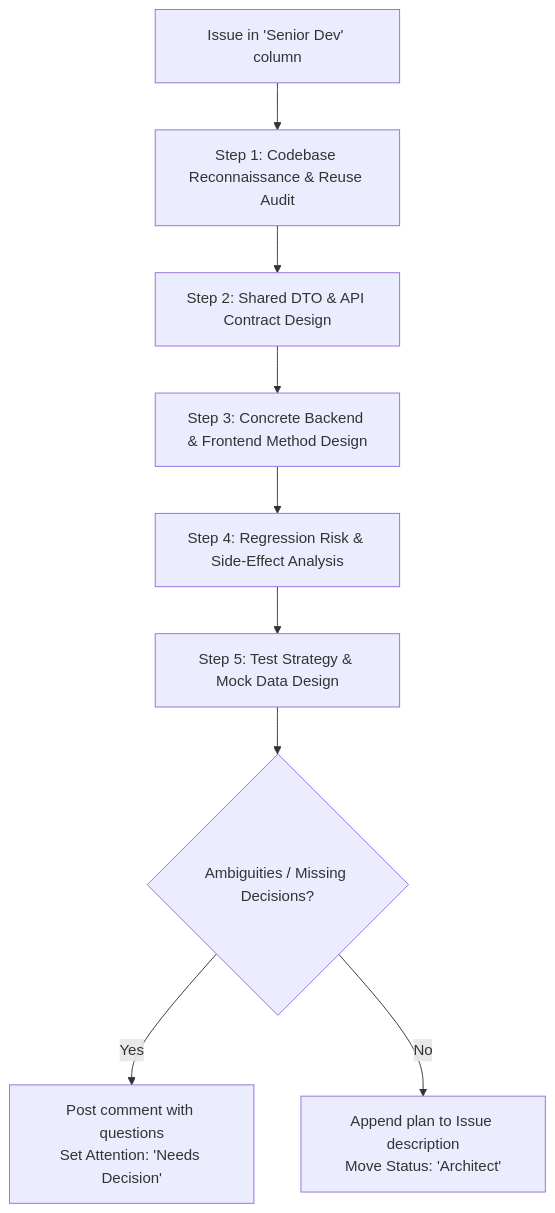
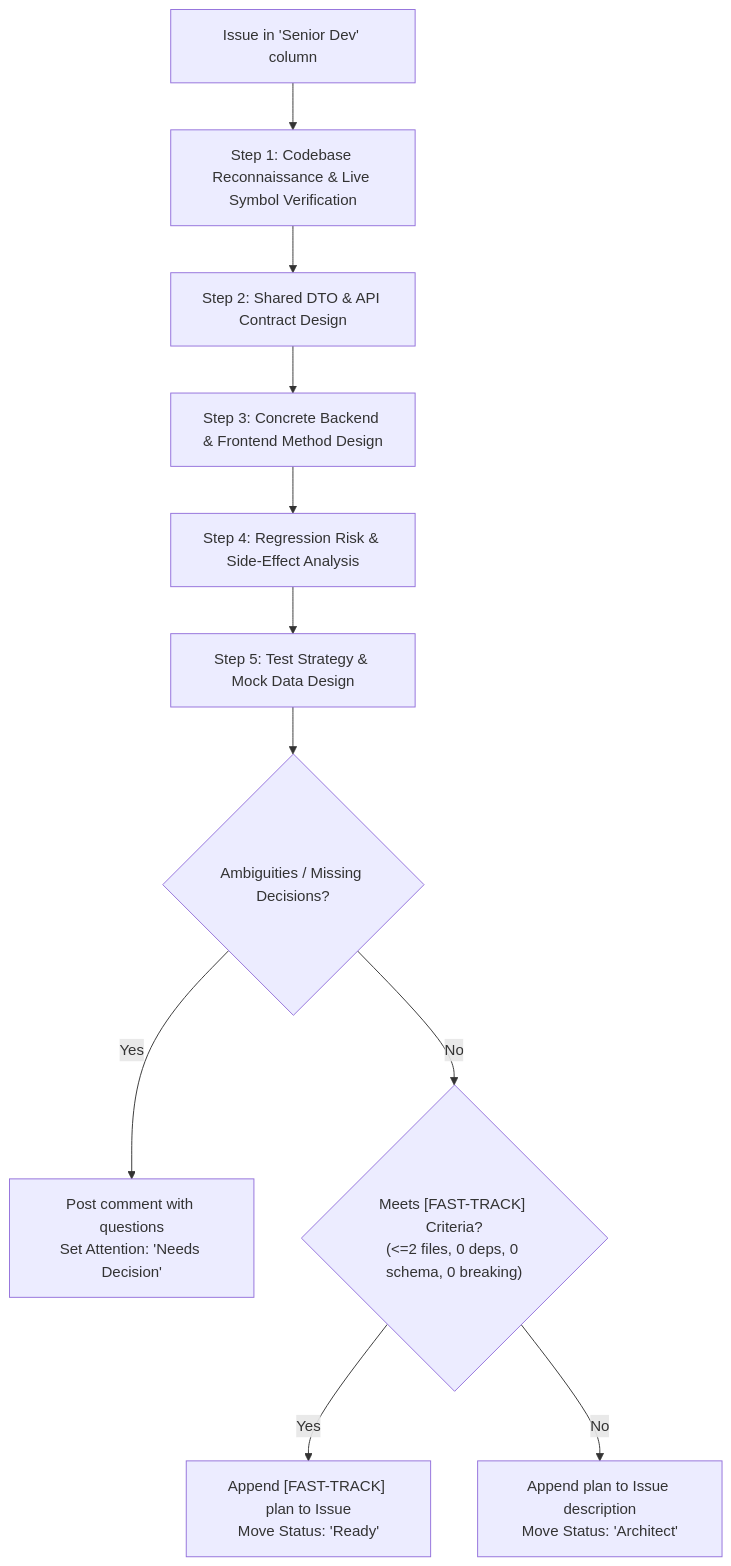
The diagram in .agents/skills/role-senior-developer/SKILL.md (kezziny/ai-pipeline), drawn with Mermaid before and after one commit. The commit also changed other lines of this file and 10 other files, not shown here.

Commit message:
feat(pipeline): add circuit breaker, CI/conflict gates, fast-track, and role precision upgrades (FB-21 to FB-29)

````diff
--- a/.agents/skills/role-senior-developer/SKILL.md
+++ b/.agents/skills/role-senior-developer/SKILL.md
@@ -109,11 +113,13 @@
 ```mermaid
 flowchart TD
-    A["Issue in 'Senior Dev' column"] --> B["Step 1: Codebase Reconnaissance & Reuse Audit"]
+    A["Issue in 'Senior Dev' column"] --> B["Step 1: Codebase Reconnaissance & Live Symbol Verification"]
     B --> C["Step 2: Shared DTO & API Contract Design"]
     C --> D["Step 3: Concrete Backend & Frontend Method Design"]
     D --> E["Step 4: Regression Risk & Side-Effect Analysis"]
     E --> F["Step 5: Test Strategy & Mock Data Design"]
     F --> G{"Ambiguities / Missing Decisions?"}
     G -- "Yes" --> H["Post comment with questions<br/>Set Attention: 'Needs Decision'"]
-    G -- "No" --> I["Append plan to Issue description<br/>Move Status: 'Architect'"]
+    G -- "No" --> FT{"Meets [FAST-TRACK] Criteria?<br/>(<=2 files, 0 deps, 0 schema, 0 breaking)"}
+    FT -- "Yes" --> J["Append [FAST-TRACK] plan to Issue<br/>Move Status: 'Ready'"]
+    FT -- "No" --> I["Append plan to Issue description<br/>Move Status: 'Architect'"]
 ```
````
